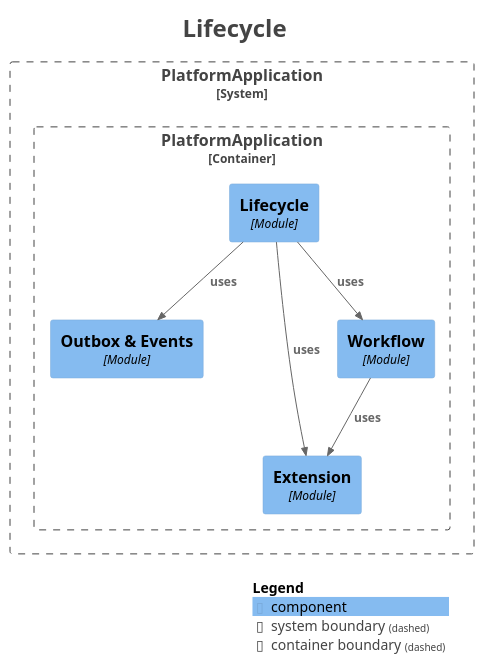
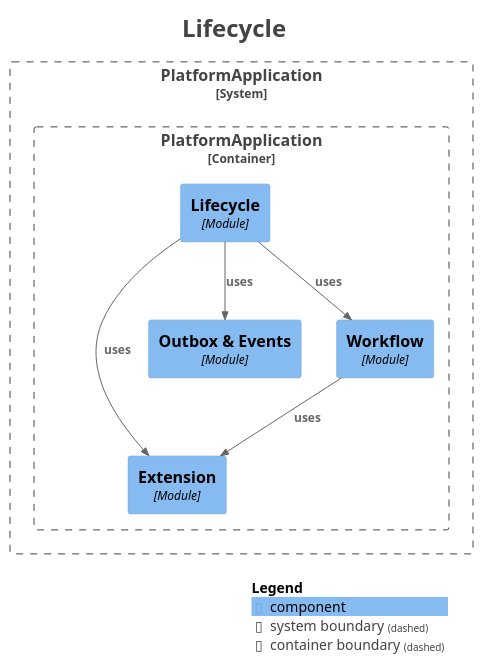
One commit to shangxq007/media-platform changed the diagram in platform-app/docs/architecture/maps/generated/modulith/module-lifecycle.puml. Above: the diagram before and after it, drawn with PlantUML. The commit also changed other lines of this file and 43 other files, not shown here.

```diff
--- a/platform-app/docs/architecture/maps/generated/modulith/module-lifecycle.puml
+++ b/platform-app/docs/architecture/maps/generated/modulith/module-lifecycle.puml
@@ -1,35 +1,35 @@
 @startuml
 title <size:24>Lifecycle</size>
 
 set separator none
 top to bottom direction
 
 <style>
   root {
     BackgroundColor: #ffffff
     FontColor: #444444
   }
 </style>
 
 !include <C4/C4>
 !include <C4/C4_Context>
 !include <C4/C4_Component>
 
 System_Boundary("PlatformApplication_boundary", "PlatformApplication", $tags="") {
   Container_Boundary("PlatformApplication.PlatformApplication_boundary", "PlatformApplication", $tags="") {
+    Component(PlatformApplication.PlatformApplication.Extension, "Extension", $techn="Module", $descr="", $tags="", $link="")
+    Component(PlatformApplication.PlatformApplication.Lifecycle, "Lifecycle", $techn="Module", $descr="", $tags="", $link="")
     Component(PlatformApplication.PlatformApplication.OutboxEvents, "Outbox & Events", $techn="Module", $descr="", $tags="", $link="")
-    Component(PlatformApplication.PlatformApplication.Extension, "Extension", $techn="Module", $descr="", $tags="", $link="")
     Component(PlatformApplication.PlatformApplication.Workflow, "Workflow", $techn="Module", $descr="", $tags="", $link="")
-    Component(PlatformApplication.PlatformApplication.Lifecycle, "Lifecycle", $techn="Module", $descr="", $tags="", $link="")
   }
 
 }
 
-Rel(PlatformApplication.PlatformApplication.Workflow, PlatformApplication.PlatformApplication.Extension, "uses", $techn="", $tags="", $link="")
 Rel(PlatformApplication.PlatformApplication.Lifecycle, PlatformApplication.PlatformApplication.OutboxEvents, "uses", $techn="", $tags="", $link="")
 Rel(PlatformApplication.PlatformApplication.Lifecycle, PlatformApplication.PlatformApplication.Extension, "uses", $techn="", $tags="", $link="")
 Rel(PlatformApplication.PlatformApplication.Lifecycle, PlatformApplication.PlatformApplication.Workflow, "uses", $techn="", $tags="", $link="")
+Rel(PlatformApplication.PlatformApplication.Workflow, PlatformApplication.PlatformApplication.Extension, "uses", $techn="", $tags="", $link="")
 
 SHOW_LEGEND(true)
 hide stereotypes
 @enduml
```
